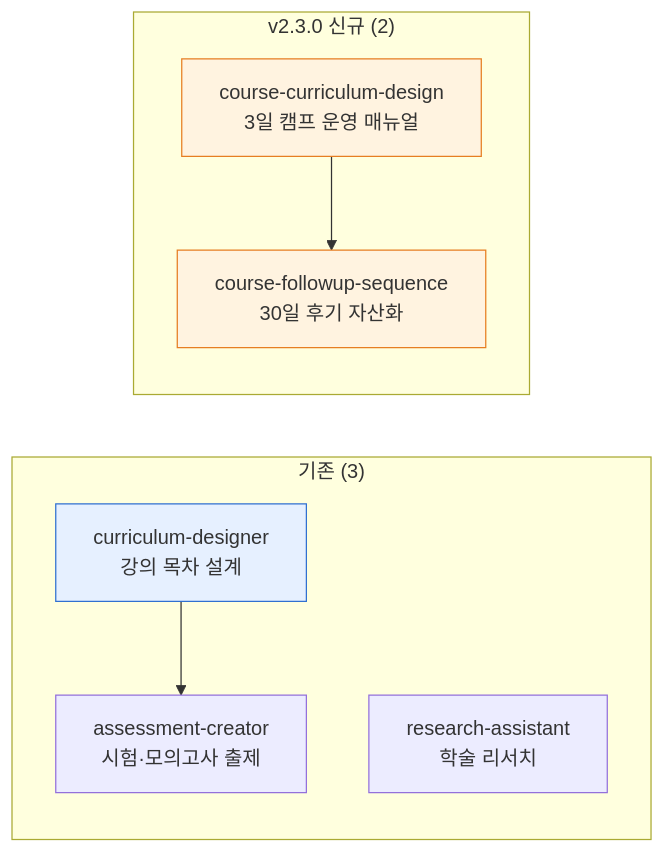
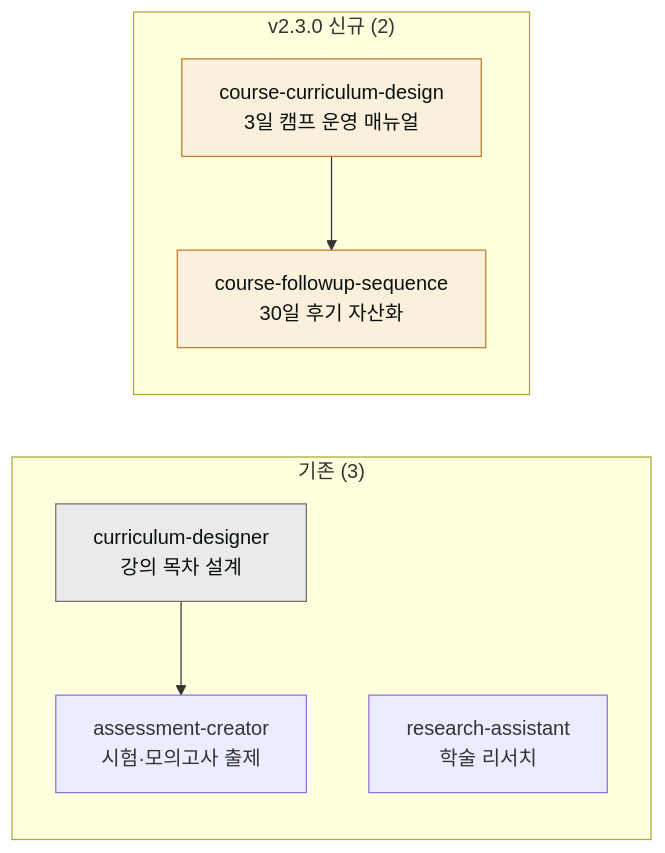
Before and after one commit to modu-ai/claude: the diagram in content/plugins/moai-education.md, drawn with Mermaid. The commit also changed 97 other files, not shown here.

First line of the commit message:
style(docs-site): mermaid 색상 브랜드 정합 + 라이트 테마 단일화

````diff
--- a/content/plugins/moai-education.md
+++ b/content/plugins/moai-education.md
@@ -13,17 +13,17 @@
 ```mermaid
 flowchart LR
     subgraph 기존["기존 (3)"]
         A["curriculum-designer<br/>강의 목차 설계"]
         B["assessment-creator<br/>시험·모의고사 출제"]
         C["research-assistant<br/>학술 리서치"]
     end
     subgraph 신규["v2.3.0 신규 (2)"]
         D["course-curriculum-design<br/>3일 캠프 운영 매뉴얼"]
         E["course-followup-sequence<br/>30일 후기 자산화"]
     end
     A --> B
     D --> E
-    style A fill:#e6f0ff,stroke:#3070d0
-    style D fill:#fff3e0,stroke:#e67e22
-    style E fill:#fff3e0,stroke:#e67e22
+    style A fill:#eaeaea,stroke:#6e6e6e,color:#09110f
+    style D fill:#fbf0dc,stroke:#c47b2a,color:#09110f
+    style E fill:#fbf0dc,stroke:#c47b2a,color:#09110f
 ```
````
